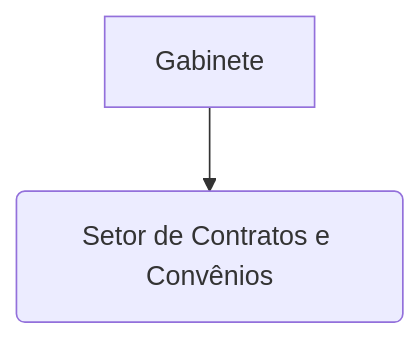
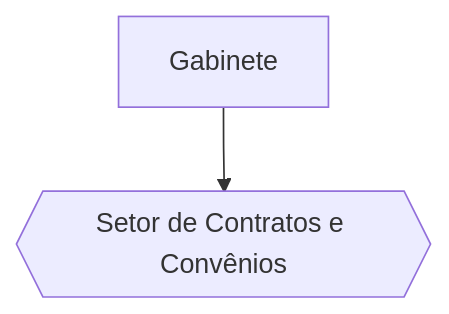
One commit to iepha-mg/manual.appi changed the second of 3 diagrams in paginas/marcos_regulatorios/MRFC/TEC/README.md. Above: the diagram before and after it, drawn with Mermaid.

```diff
--- a/paginas/marcos_regulatorios/MRFC/TEC/README.md
+++ b/paginas/marcos_regulatorios/MRFC/TEC/README.md
@@ -145,4 +145,4 @@
 <pre class="mermaid">
 flowchart TD
-    A["Gabinete"] --> B("Setor de Contratos e Convênios")
+    A["Gabinete"] --> B{{"Setor de Contratos e Convênios"}}
 </pre>
```
